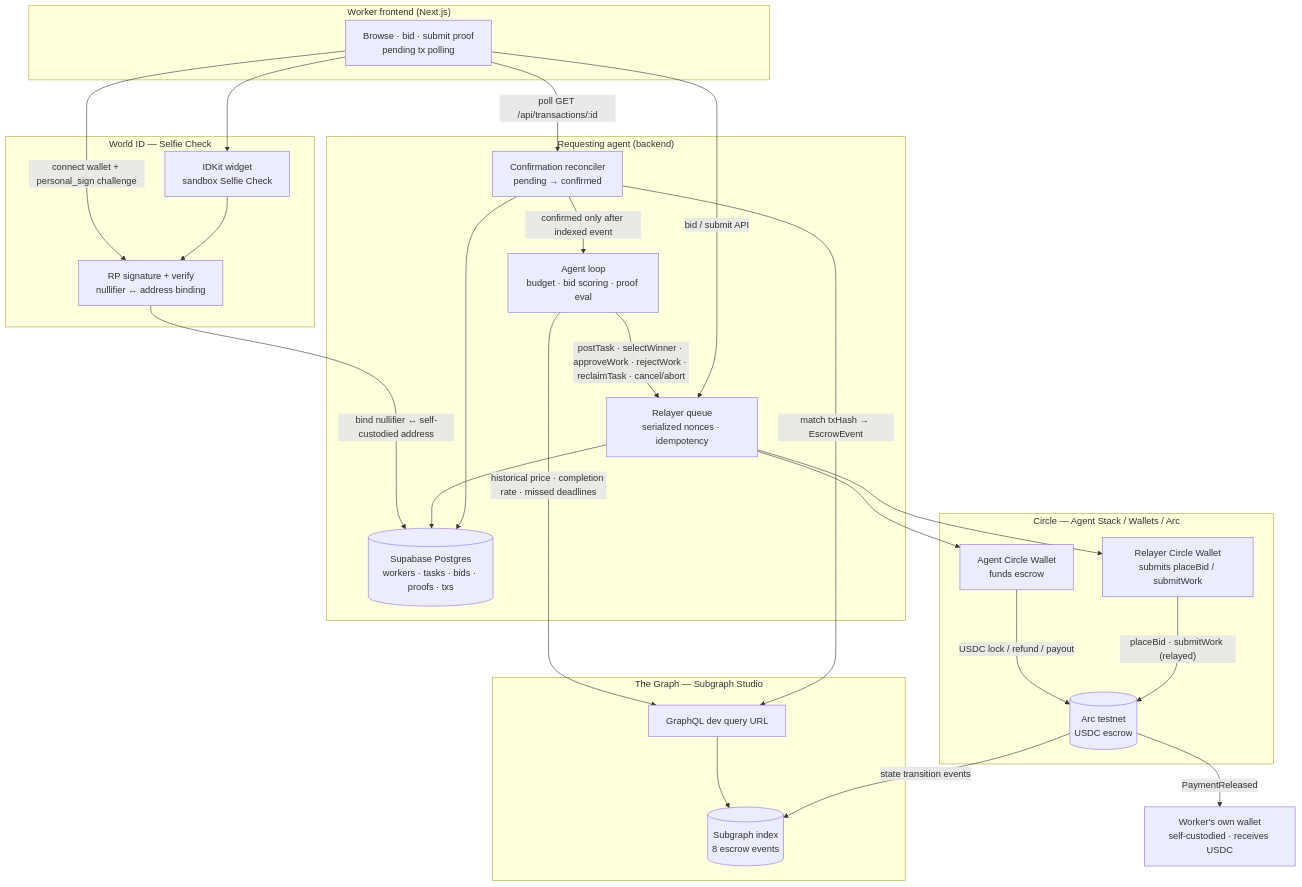
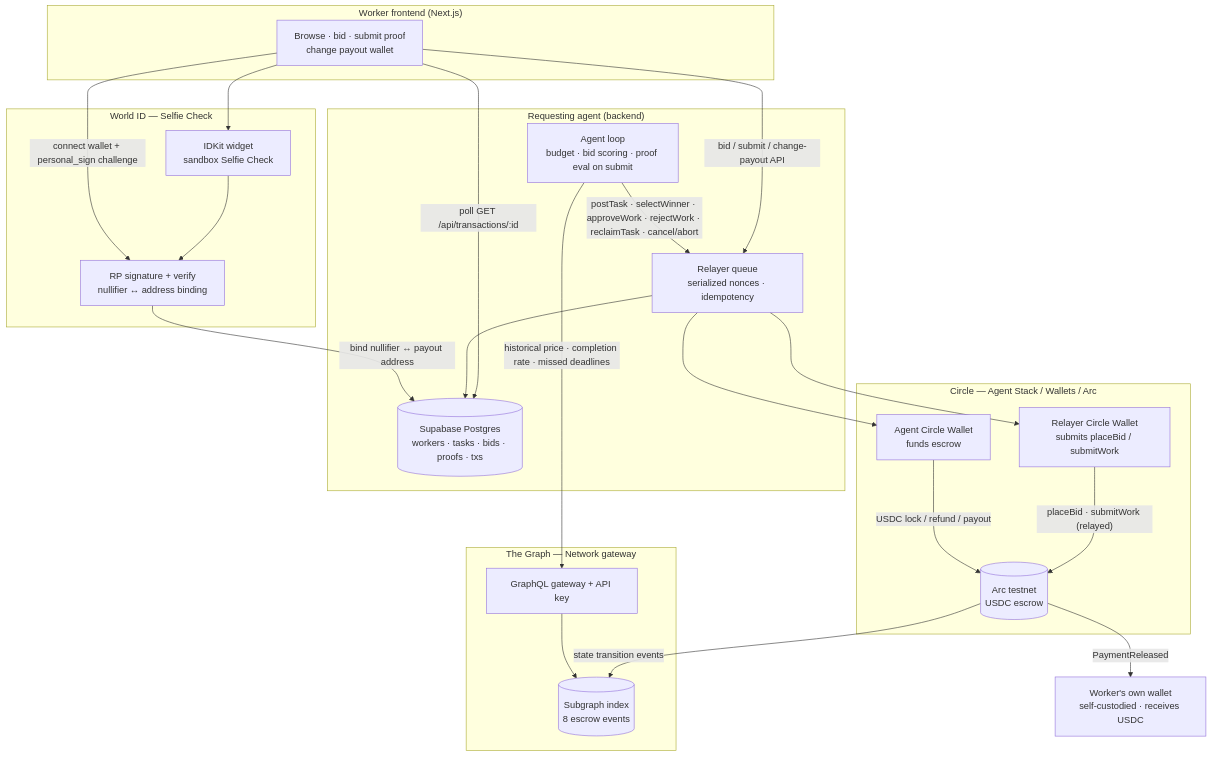
The first of 2 diagrams in docs/architecture.md (Anoop072001/levantate-bridge), drawn with Mermaid before and after one commit. The commit also changed other lines of this file and 22 other files, not shown here.

First line of the commit message:
Enhance agent wallet management and task handling

````diff
--- a/docs/architecture.md
+++ b/docs/architecture.md
@@ -7,54 +7,50 @@
 ```mermaid
 flowchart TB
   subgraph Agent["Requesting agent (backend)"]
-    AL[Agent loop<br/>budget · bid scoring · proof eval]
+    AL[Agent loop<br/>budget · bid scoring · proof eval on submit]
     RQ[Relayer queue<br/>serialized nonces · idempotency]
-    REC[Confirmation reconciler<br/>pending → confirmed]
     DB[(Supabase Postgres<br/>workers · tasks · bids · proofs · txs)]
   end
 
   subgraph Circle["Circle — Agent Stack / Wallets / Arc"]
     AW[Agent Circle Wallet<br/>funds escrow]
     RW[Relayer Circle Wallet<br/>submits placeBid / submitWork]
     ARC[(Arc testnet<br/>USDC escrow)]
   end
 
   WW[Worker's own wallet<br/>self-custodied · receives USDC]
 
   subgraph WorldID["World ID — Selfie Check"]
     IDK[IDKit widget<br/>sandbox Selfie Check]
     RP[RP signature + verify<br/>nullifier ↔ address binding]
   end
 
-  subgraph Graph["The Graph — Subgraph Studio"]
+  subgraph Graph["The Graph — Network gateway"]
     SG[(Subgraph index<br/>8 escrow events)]
-    GQL[GraphQL dev query URL]
+    GQL[GraphQL gateway + API key]
   end
 
   subgraph WorkerUI["Worker frontend (Next.js)"]
-    FE[Browse · bid · submit proof<br/>pending tx polling]
+    FE[Browse · bid · submit proof<br/>change payout wallet]
   end
 
   AL -->|"postTask · selectWinner · approveWork · rejectWork · reclaimTask · cancel/abort"| RQ
   RQ --> AW
   RQ --> RW
   AW -->|"USDC lock / refund / payout"| ARC
   RW -->|"placeBid · submitWork (relayed)"| ARC
 
   FE -->|"connect wallet + personal_sign challenge"| RP
   FE --> IDK
   IDK --> RP
-  RP -->|"bind nullifier ↔ self-custodied address"| DB
-  FE -->|"bid / submit API"| RQ
+  RP -->|"bind nullifier ↔ payout address"| DB
+  FE -->|"bid / submit / change-payout API"| RQ
   RQ --> DB
-  REC --> DB
 
   AL -->|"historical price · completion rate · missed deadlines"| GQL
   GQL --> SG
   ARC -->|"state transition events"| SG
-  REC -->|"match txHash → EscrowEvent"| GQL
-  REC -->|"confirmed only after indexed event"| AL
 
   ARC -->|"PaymentReleased"| WW
-  FE -->|"poll GET /api/transactions/:id"| REC
+  FE -->|"poll GET /api/transactions/:id"| DB
 ```
````
